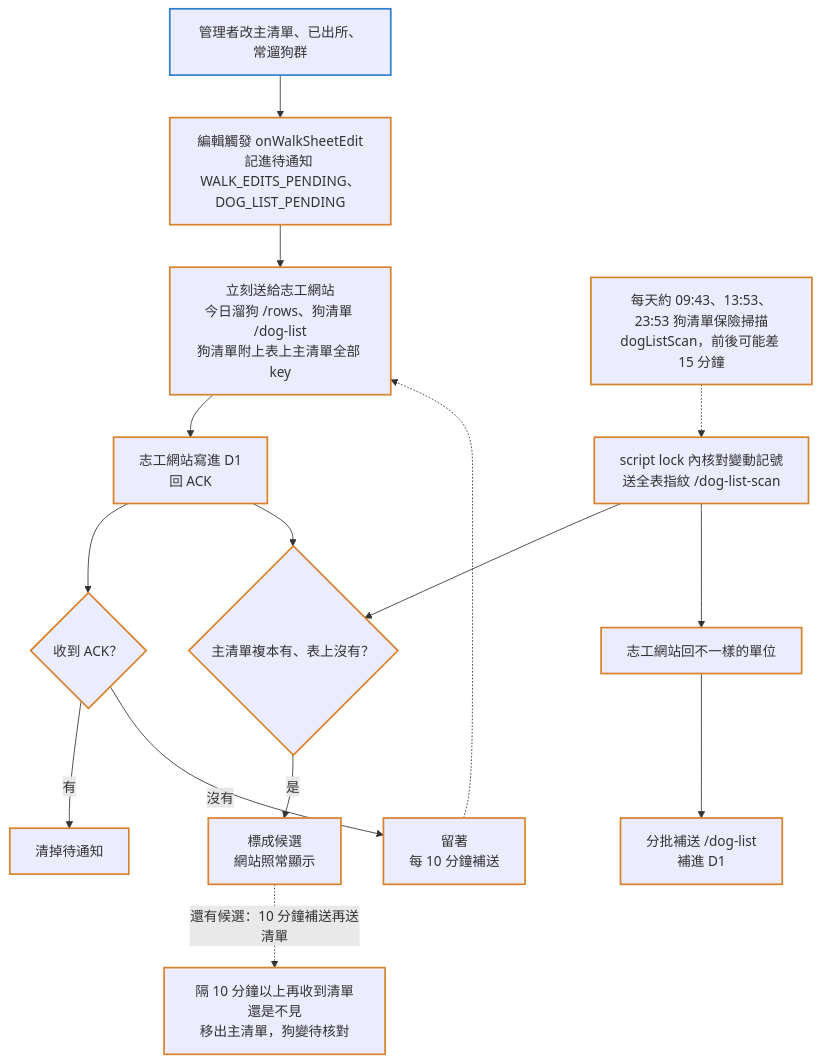
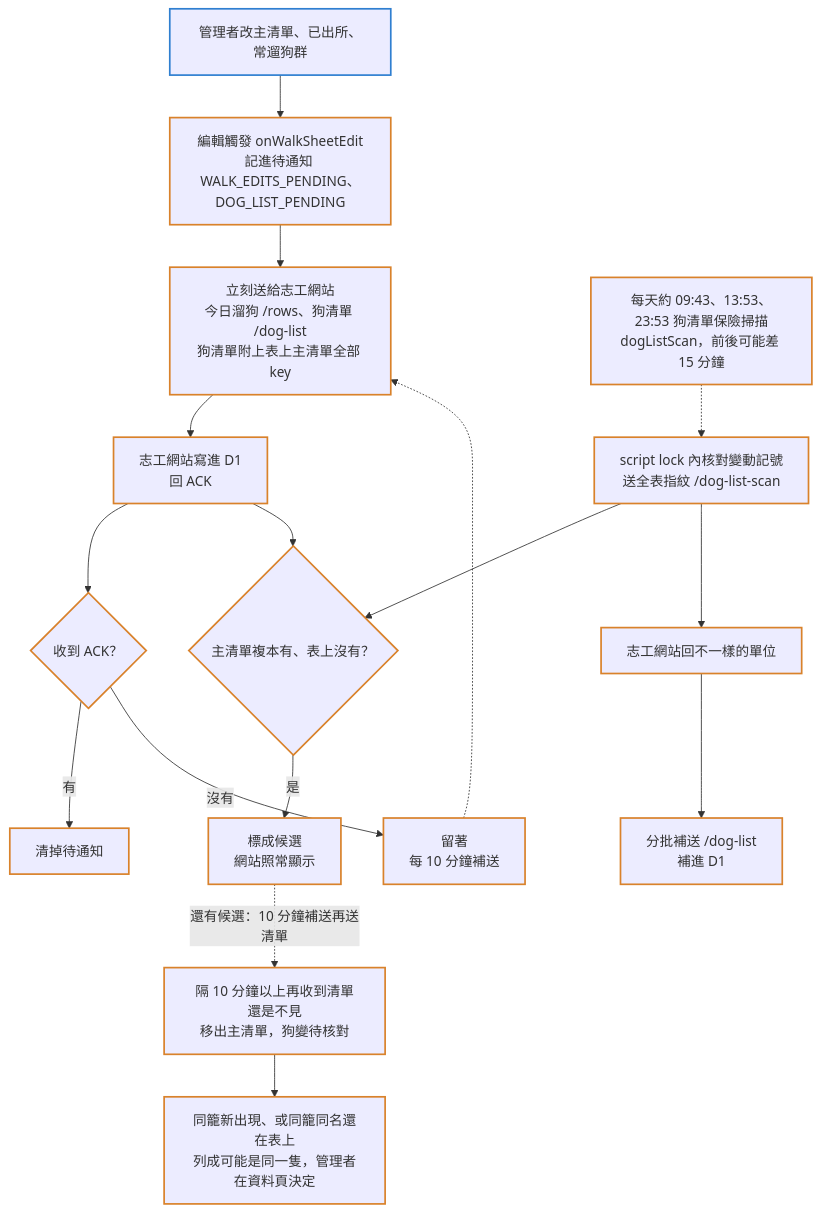
One commit to jiatsenK/bq-shelter-dogs changed the fourth of 7 diagrams in docs/ARCHITECTURE.md. Above: the diagram before and after it, drawn with Mermaid. The commit also changed other lines of this file and 33 other files, not shown here.

````diff
--- a/docs/ARCHITECTURE.md
+++ b/docs/ARCHITECTURE.md
@@ -225,35 +225,37 @@
 ```mermaid
 flowchart TB
   a["管理者改主清單、已出所、常遛狗群"]
   b["編輯觸發 onWalkSheetEdit<br/>記進待通知 WALK_EDITS_PENDING、DOG_LIST_PENDING"]
   c["立刻送給志工網站<br/>今日溜狗 /rows、狗清單 /dog-list<br/>狗清單附上表上主清單全部 key"]
   d["志工網站寫進 D1<br/>回 ACK"]
   m{"主清單複本有、表上沒有？"}
   n["標成候選<br/>網站照常顯示"]
   o["隔 10 分鐘以上再收到清單還是不見<br/>移出主清單，狗變待核對"]
+  p["同籠新出現、或同籠同名還在表上<br/>列成可能是同一隻，管理者在資料頁決定"]
   e{"收到 ACK？"}
   f["清掉待通知"]
   g["留著<br/>每 10 分鐘補送"]
   s["每天約 09:43、13:53、23:53 狗清單保險掃描<br/>dogListScan，前後可能差 15 分鐘"]
   t["script lock 內核對變動記號<br/>送全表指紋 /dog-list-scan"]
   u["志工網站回不一樣的單位"]
   v["分批補送 /dog-list<br/>補進 D1"]
 
   a --> b --> c --> d --> e
   e -->|有| f
   e -->|沒有| g
   g -.-> c
   d --> m
   t --> m
   m -->|是| n
   n -.->|還有候選：10 分鐘補送再送清單| o
+  o --> p
   s -.-> t --> u --> v
 
   class a ui
-  class b,c,d,e,f,g,m,n,o,s,t,u,v code
+  class b,c,d,e,f,g,m,n,o,p,s,t,u,v code
   classDef person stroke:#5b6b78,stroke-width:2px
   classDef ui stroke:#2f7fd0,stroke-width:2px
   classDef code stroke:#d9822b,stroke-width:2px
   classDef data stroke:#2e9d6a,stroke-width:2px
   classDef ext stroke:#8a63c9,stroke-width:2px
 ```
````
